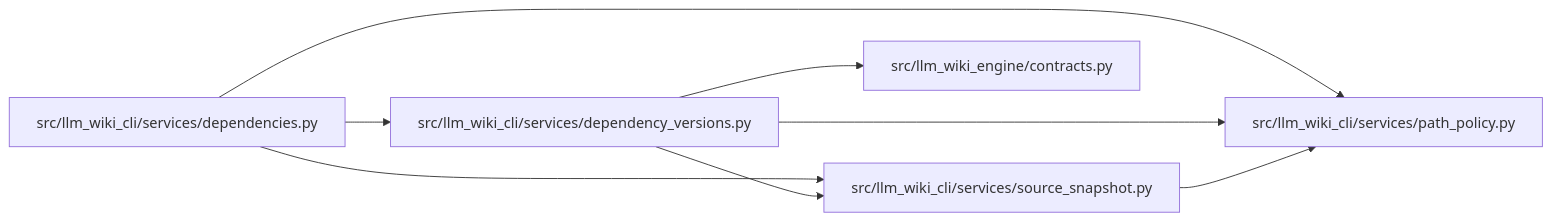
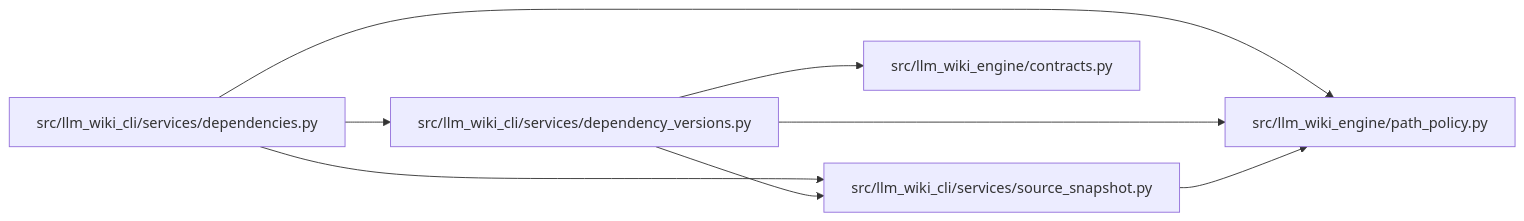
One commit to Denissvgn/python-wiki-llm changed the diagram in docs/llm_wiki/modules/dependency_versions.md. Above: the diagram before and after it, drawn with Mermaid. The commit also changed other lines of this file and 739 other files, not shown here.

First line of the commit message:
docs: refresh the wiki for the second engine batch

````diff
--- a/docs/llm_wiki/modules/dependency_versions.md
+++ b/docs/llm_wiki/modules/dependency_versions.md
@@ -33,20 +33,20 @@
 ```mermaid
 flowchart LR
     n0["src/llm_wiki_cli/services/dependencies.py"]
     n1["src/llm_wiki_cli/services/dependency_versions.py"]
-    n2["src/llm_wiki_cli/services/path_policy.py"]
-    n3["src/llm_wiki_cli/services/source_snapshot.py"]
-    n4["src/llm_wiki_engine/contracts.py"]
+    n2["src/llm_wiki_cli/services/source_snapshot.py"]
+    n3["src/llm_wiki_engine/contracts.py"]
+    n4["src/llm_wiki_engine/path_policy.py"]
     n0 --> n1
     n0 --> n2
-    n0 --> n3
+    n0 --> n4
     n1 --> n2
     n1 --> n3
     n1 --> n4
-    n3 --> n2
+    n2 --> n4
     click n0 "../modules/services_dependencies.md"
     click n1 "../modules/dependency_versions.md"
-    click n2 "../modules/path_policy.md"
-    click n3 "../modules/source_snapshot.md"
-    click n4 "../modules/llm_wiki_engine_contracts.md"
+    click n2 "../modules/source_snapshot.md"
+    click n3 "../modules/llm_wiki_engine_contracts.md"
+    click n4 "../modules/path_policy.md"
 ```
````
